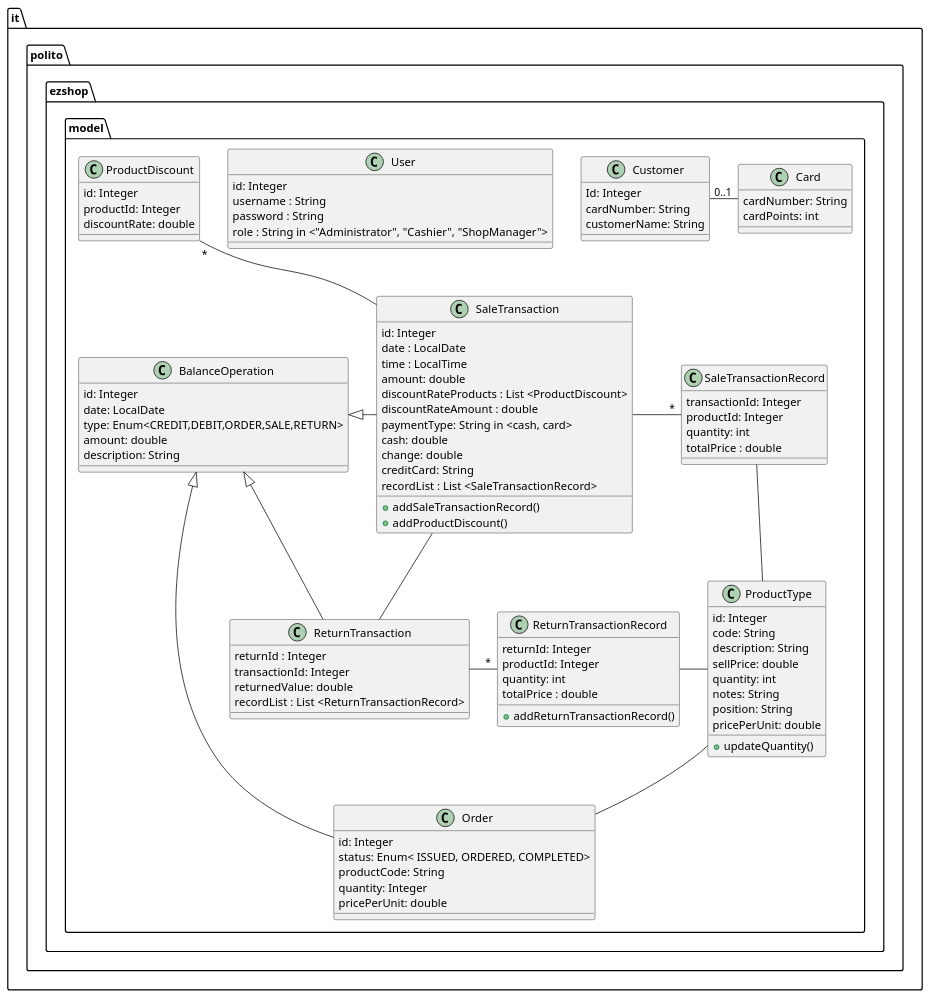
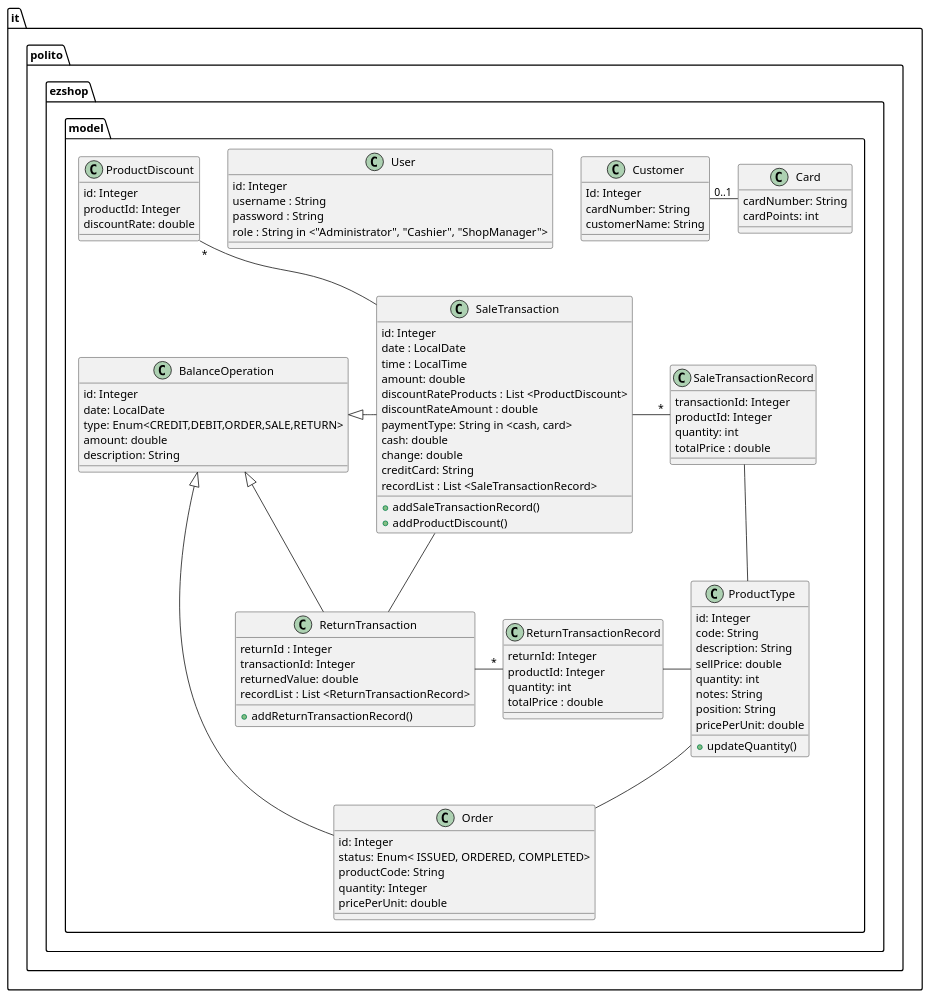
One commit to paocela/EzShop changed the third of 30 diagrams in Deliverables/DesignDocument.md. Above: the diagram before and after it, drawn with PlantUML.

Commit message:
Updated class diagram

```diff
--- a/Deliverables/DesignDocument.md
+++ b/Deliverables/DesignDocument.md
@@ -211,7 +211,8 @@
         returnId : Integer
         transactionId: Integer
         returnedValue: double
-        recordList : List <ReturnTransactionRecord>
+        recordList : List <ReturnTransactionRecord>        
+        + addReturnTransactionRecord()
 
     }
     class ReturnTransactionRecord {
@@ -219,7 +220,6 @@
         productId: Integer
         quantity: int
         totalPrice : double
-        + addReturnTransactionRecord()
 
     }
     class ProductDiscount {
```
